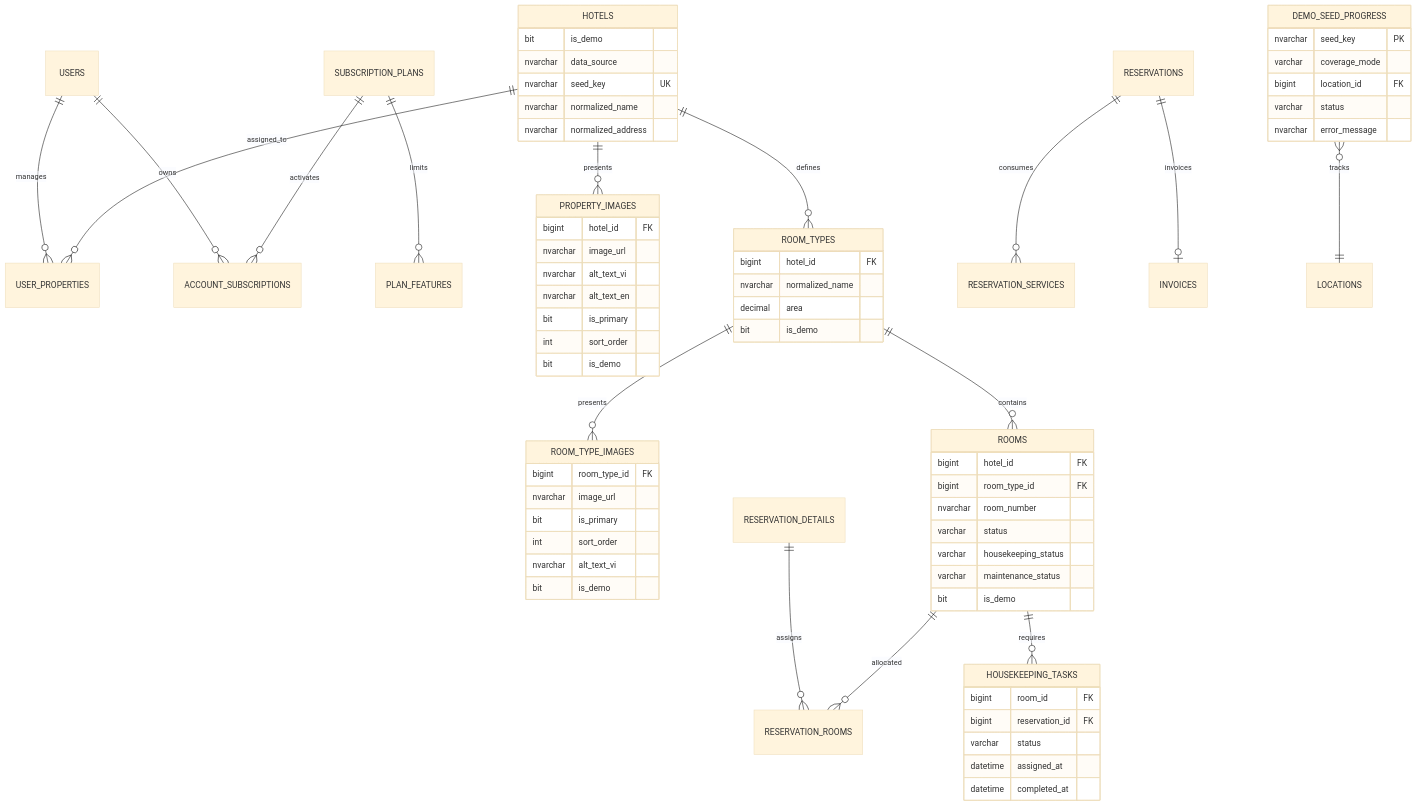
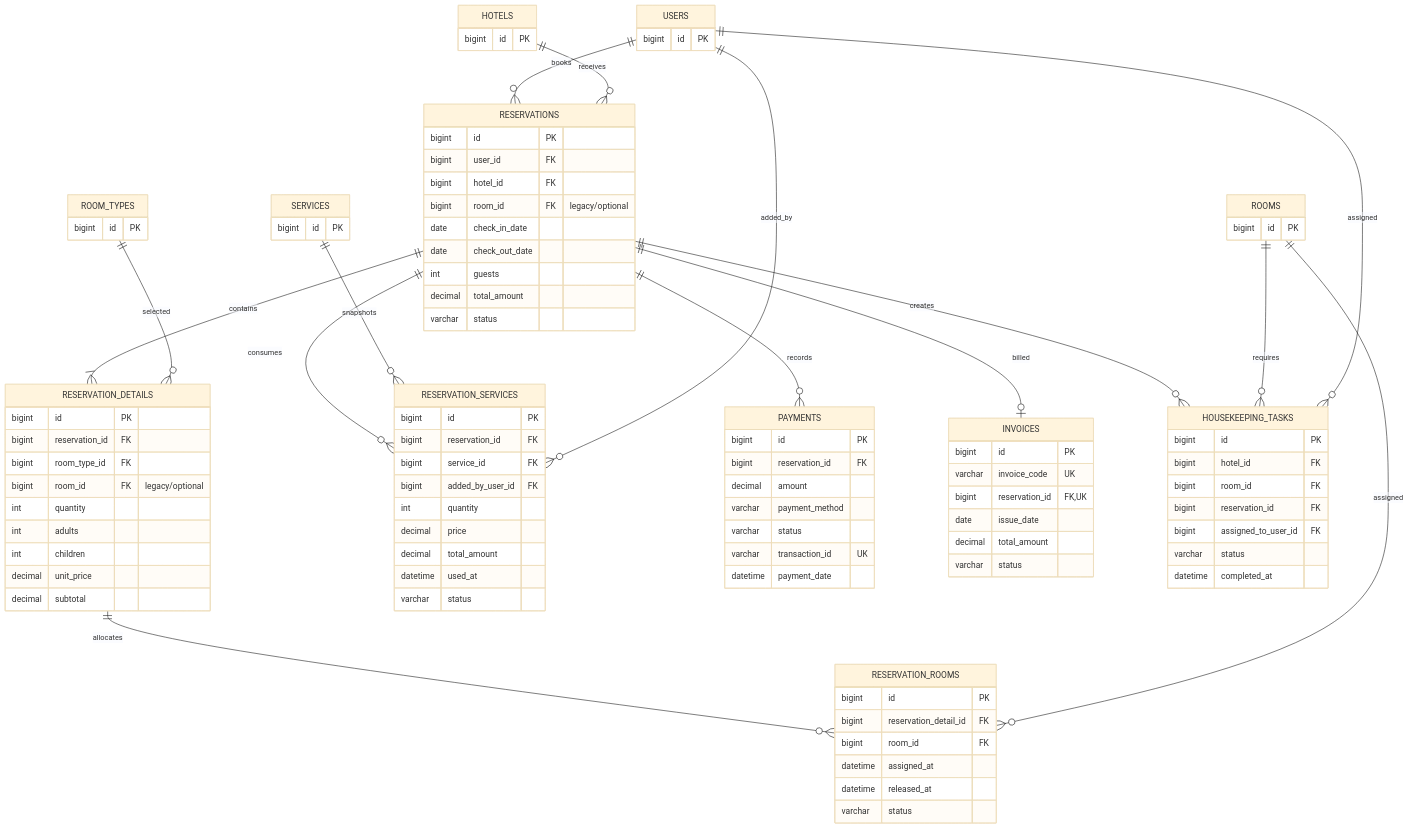
The third of 8 diagrams in docs/ERD.md (GinNgo/He-thong-quan-ly-khach-san), drawn with Mermaid (base theme) before and after one commit. The commit also changed other lines of this file and 335 other files, not shown here.

Commit message:
docs: update documentation, architecture reports and specs

````diff
--- a/docs/ERD.md
+++ b/docs/ERD.md
@@ -428,72 +244,100 @@
 ```mermaid
 erDiagram
-    USERS ||--o{ USER_PROPERTIES : manages
-    HOTELS ||--o{ USER_PROPERTIES : assigned_to
-    USERS ||--o{ ACCOUNT_SUBSCRIPTIONS : owns
-    SUBSCRIPTION_PLANS ||--o{ ACCOUNT_SUBSCRIPTIONS : activates
-    SUBSCRIPTION_PLANS ||--o{ PLAN_FEATURES : limits
-    HOTELS ||--o{ PROPERTY_IMAGES : presents
-    HOTELS ||--o{ ROOM_TYPES : defines
-    ROOM_TYPES ||--o{ ROOM_TYPE_IMAGES : presents
-    ROOM_TYPES ||--o{ ROOMS : contains
-    RESERVATION_DETAILS ||--o{ RESERVATION_ROOMS : assigns
-    ROOMS ||--o{ RESERVATION_ROOMS : allocated
-    RESERVATIONS ||--o{ RESERVATION_SERVICES : consumes
-    RESERVATIONS ||--o| INVOICES : invoices
-    ROOMS ||--o{ HOUSEKEEPING_TASKS : requires
-    DEMO_SEED_PROGRESS }o--|| LOCATIONS : tracks
-
+    USERS {
+        bigint id PK
+    }
     HOTELS {
-        bit is_demo
-        nvarchar data_source
-        nvarchar seed_key UK
-        nvarchar normalized_name
-        nvarchar normalized_address
-    }
-    PROPERTY_IMAGES {
-        bigint hotel_id FK
-        nvarchar image_url
-        nvarchar alt_text_vi
-        nvarchar alt_text_en
-        bit is_primary
-        int sort_order
-        bit is_demo
+        bigint id PK
     }
     ROOM_TYPES {
-        bigint hotel_id FK
-        nvarchar normalized_name
-        decimal area
-        bit is_demo
-    }
-    ROOM_TYPE_IMAGES {
-        bigint room_type_id FK
-        nvarchar image_url
-        bit is_primary
-        int sort_order
-        nvarchar alt_text_vi
-        bit is_demo
+        bigint id PK
     }
     ROOMS {
+        bigint id PK
+    }
+    SERVICES {
+        bigint id PK
+    }
+    RESERVATIONS {
+        bigint id PK
+        bigint user_id FK
         bigint hotel_id FK
+        bigint room_id FK "legacy/optional"
+        date check_in_date
+        date check_out_date
+        int guests
+        decimal total_amount
+        varchar status
+    }
+    RESERVATION_DETAILS {
+        bigint id PK
+        bigint reservation_id FK
         bigint room_type_id FK
-        nvarchar room_number
+        bigint room_id FK "legacy/optional"
+        int quantity
+        int adults
+        int children
+        decimal unit_price
+        decimal subtotal
+    }
+    RESERVATION_ROOMS {
+        bigint id PK
+        bigint reservation_detail_id FK
+        bigint room_id FK
+        datetime assigned_at
+        datetime released_at
         varchar status
-        varchar housekeeping_status
-        varchar maintenance_status
-        bit is_demo
+    }
+    RESERVATION_SERVICES {
+        bigint id PK
+        bigint reservation_id FK
+        bigint service_id FK
+        bigint added_by_user_id FK
+        int quantity
+        decimal price
+        decimal total_amount
+        datetime used_at
+        varchar status
+    }
+    PAYMENTS {
+        bigint id PK
+        bigint reservation_id FK
+        decimal amount
+        varchar payment_method
+        varchar status
+        varchar transaction_id UK
+        datetime payment_date
+    }
+    INVOICES {
+        bigint id PK
+        varchar invoice_code UK
+        bigint reservation_id FK,UK
+        date issue_date
+        decimal total_amount
+        varchar status
     }
     HOUSEKEEPING_TASKS {
+        bigint id PK
+        bigint hotel_id FK
         bigint room_id FK
         bigint reservation_id FK
+        bigint assigned_to_user_id FK
         varchar status
-        datetime assigned_at
         datetime completed_at
     }
-    DEMO_SEED_PROGRESS {
-        nvarchar seed_key PK
-        varchar coverage_mode
-        bigint location_id FK
-        varchar status
-        nvarchar error_message
-    }
+
+    USERS ||--o{ RESERVATIONS : books
+    HOTELS ||--o{ RESERVATIONS : receives
+    RESERVATIONS ||--|{ RESERVATION_DETAILS : contains
+    ROOM_TYPES ||--o{ RESERVATION_DETAILS : selected
+    RESERVATION_DETAILS ||--o{ RESERVATION_ROOMS : allocates
+    ROOMS ||--o{ RESERVATION_ROOMS : assigned
+    RESERVATIONS ||--o{ RESERVATION_SERVICES : consumes
+    SERVICES ||--o{ RESERVATION_SERVICES : snapshots
+    USERS ||--o{ RESERVATION_SERVICES : added_by
+    RESERVATIONS ||--o{ PAYMENTS : records
+    RESERVATIONS ||--o| INVOICES : billed
+    RESERVATIONS ||--o{ HOUSEKEEPING_TASKS : creates
+    ROOMS ||--o{ HOUSEKEEPING_TASKS : requires
+    USERS ||--o{ HOUSEKEEPING_TASKS : assigned
 ```
````
